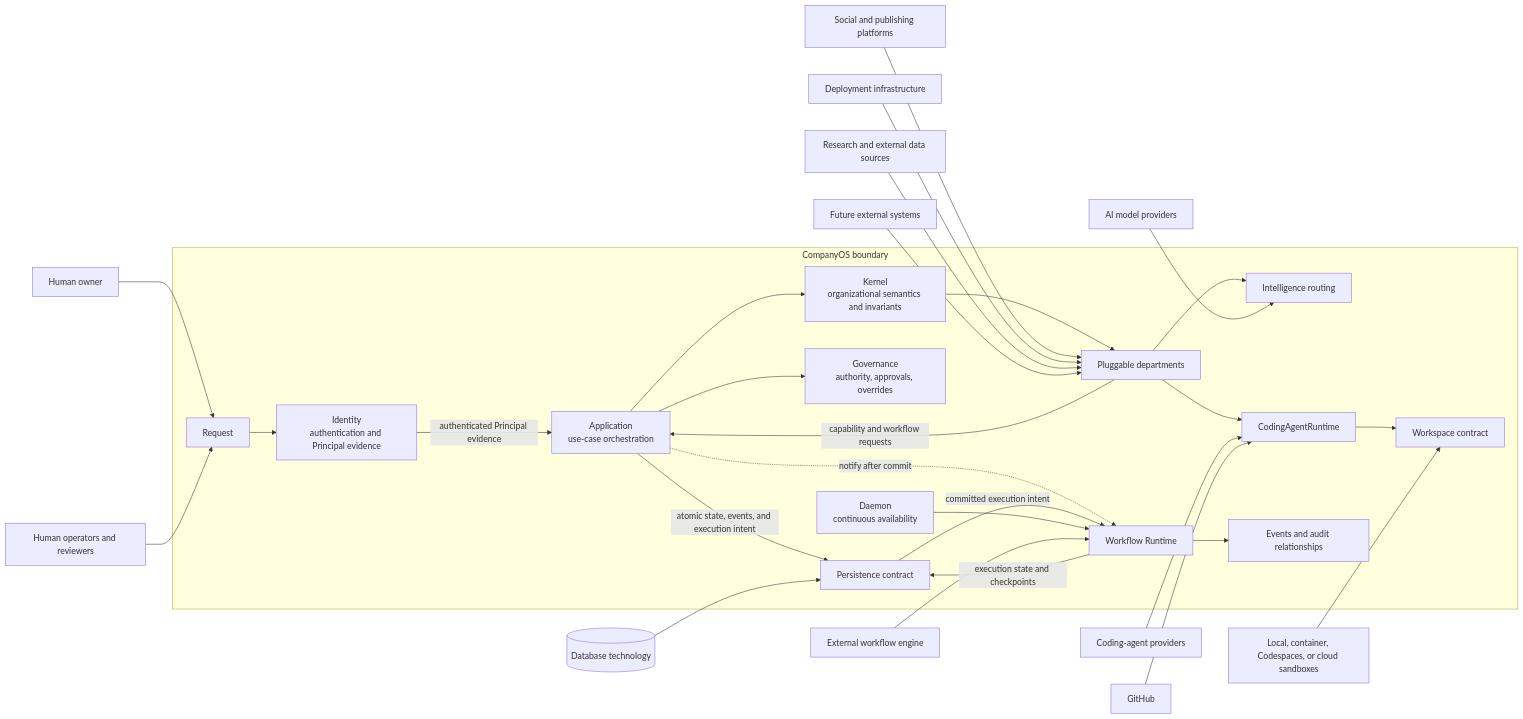
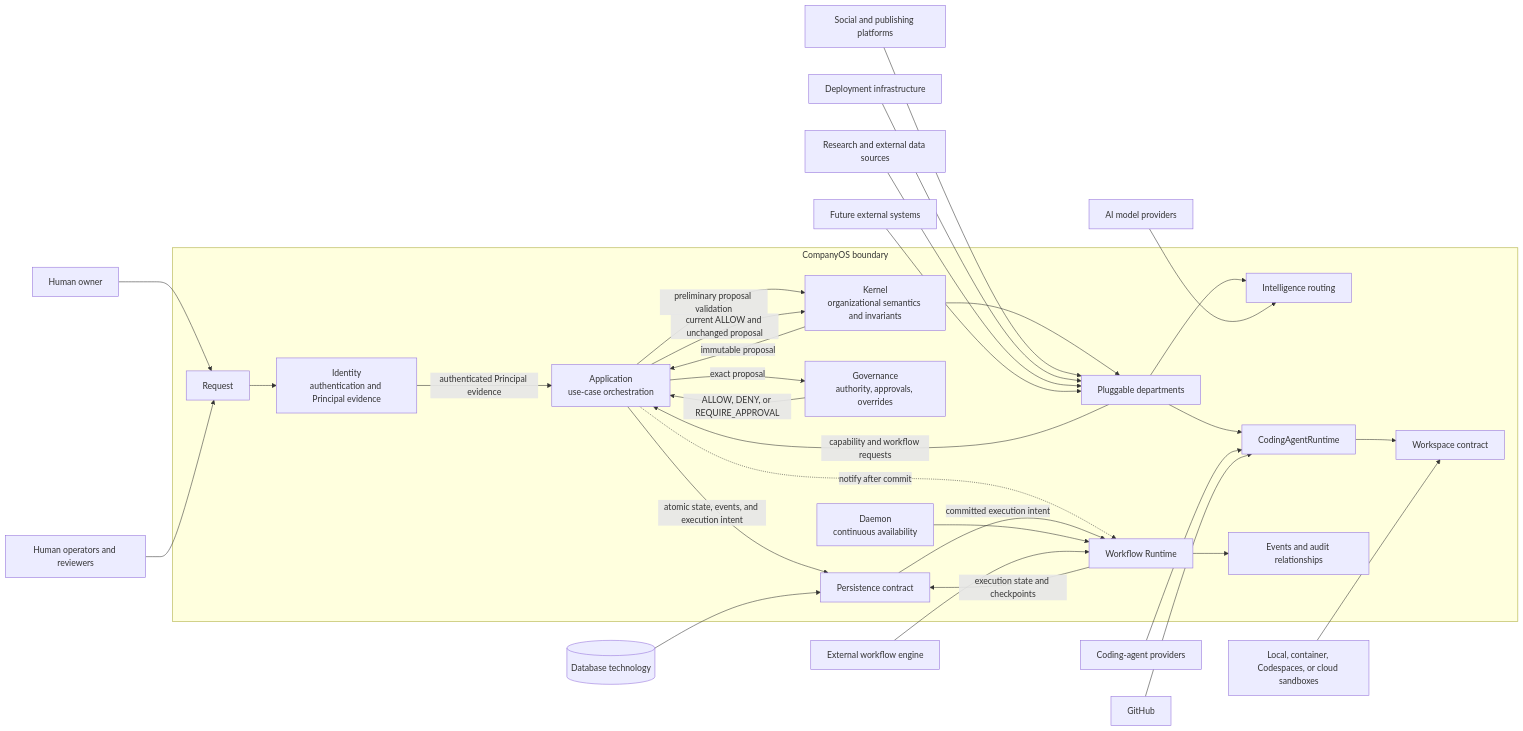
The diagram in docs/architecture/system-context.md (Node-Features/company-os), drawn with Mermaid before and after one commit. The commit also changed 27 other files, not shown here.

Commit message:
docs: reconcile architecture ownership boundaries

````diff
--- a/docs/architecture/system-context.md
+++ b/docs/architecture/system-context.md
@@ -90,51 +90,54 @@
 ```mermaid
 flowchart LR
     Owner[Human owner]
     Operators[Human operators and reviewers]
 
     subgraph COS[CompanyOS boundary]
         Request[Request]
         Identity[Identity\nauthentication and Principal evidence]
         Application[Application\nuse-case orchestration]
         Kernel[Kernel\norganizational semantics and invariants]
         Governance[Governance\nauthority, approvals, overrides]
         Departments[Pluggable departments]
         Runtime[Workflow Runtime]
         Daemon[Daemon\ncontinuous availability]
         Intelligence[Intelligence routing]
         CodingRuntime[CodingAgentRuntime]
         WorkspacePort[Workspace contract]
         PersistencePort[Persistence contract]
         Events[Events and audit relationships]
 
         Request --> Identity
         Identity -->|authenticated Principal evidence| Application
-        Application --> Governance
-        Application --> Kernel
+        Application -->|preliminary proposal validation| Kernel
+        Kernel -->|immutable proposal| Application
+        Application -->|exact proposal| Governance
+        Governance -->|ALLOW, DENY, or REQUIRE_APPROVAL| Application
+        Application -->|current ALLOW and unchanged proposal| Kernel
         Application -->|atomic state, events, and execution intent| PersistencePort
         Application -.->|notify after commit| Runtime
         Kernel --> Departments
         Departments -->|capability and workflow requests| Application
         PersistencePort -->|committed execution intent| Runtime
         Runtime -->|execution state and checkpoints| PersistencePort
         Runtime --> Events
         Daemon --> Runtime
         Departments --> Intelligence
         Departments --> CodingRuntime
         CodingRuntime --> WorkspacePort
     end
 
     Owner --> Request
     Operators --> Request
 
     Models[AI model providers] --> Intelligence
     CodingAgents[Coding-agent providers] --> CodingRuntime
     Workspaces[Local, container, Codespaces, or cloud sandboxes] --> WorkspacePort
     Database[(Database technology)] --> PersistencePort
     WorkflowEngine[External workflow engine] --> Runtime
     GitHub[GitHub] --> CodingRuntime
     Social[Social and publishing platforms] --> Departments
     Deployment[Deployment infrastructure] --> Departments
     Sources[Research and external data sources] --> Departments
     Future[Future external systems] --> Departments
 ```
````
